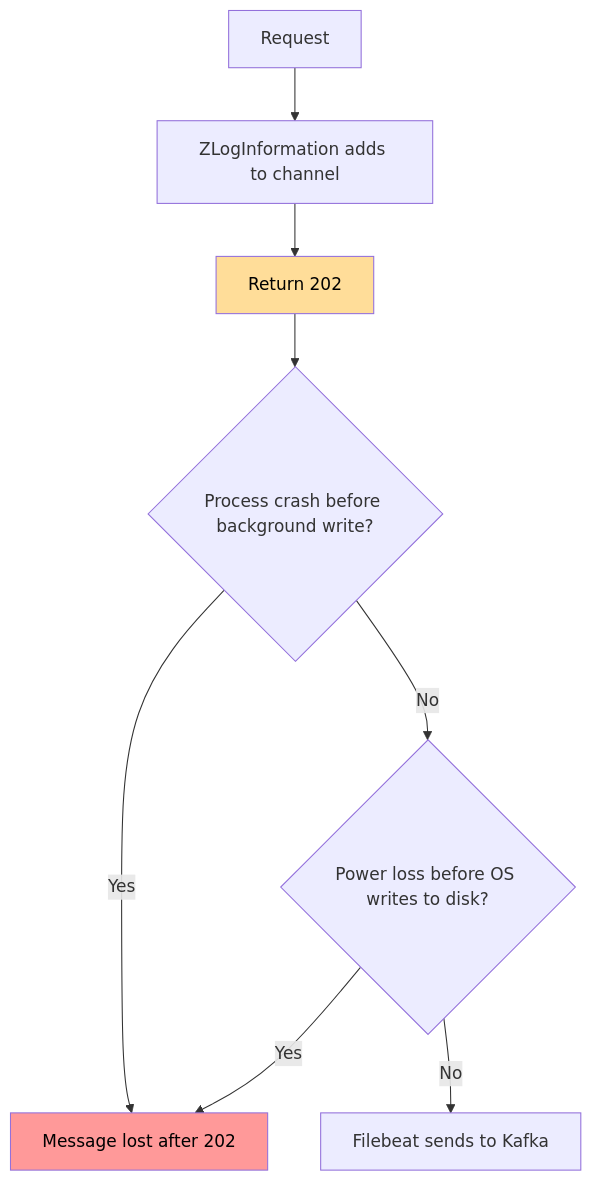
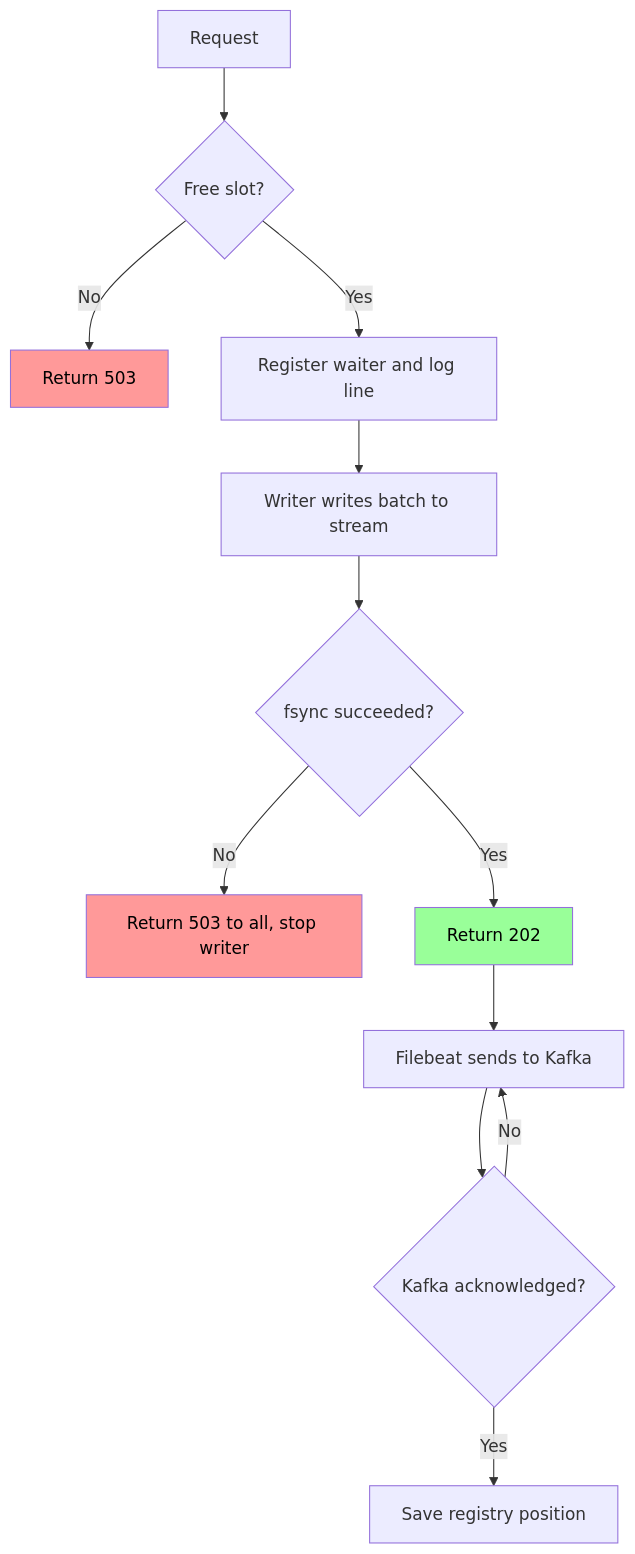
One commit to wesamkhateeb98-creator/OutMessageToKafka changed the third of 3 diagrams in docs/zlogger-file-relay.md. Above: the diagram before and after it, drawn with Mermaid. The commit also changed other lines of this file and 26 other files, not shown here.

First line of the commit message:
Split demo by solution and make ZLogger reply after fsync

````diff
--- a/docs/zlogger-file-relay.md
+++ b/docs/zlogger-file-relay.md
@@ -63,12 +89,17 @@
 ```mermaid
 flowchart TD
-    A[Request] --> B[ZLogInformation adds to channel]
-    B --> C[Return 202]
-    C --> D{Process crash before background write?}
-    D -- Yes --> E[Message lost after 202]
-    D -- No --> F{Power loss before OS writes to disk?}
-    F -- Yes --> E
-    F -- No --> G[Filebeat sends to Kafka]
-    style C fill:#fd9,color:#000
-    style E fill:#f99,color:#000
+    A[Request] --> B{Free slot?}
+    B -- No --> C[Return 503]
+    B -- Yes --> D[Register waiter and log line]
+    D --> E[Writer writes batch to stream]
+    E --> F{fsync succeeded?}
+    F -- No --> G[Return 503 to all, stop writer]
+    F -- Yes --> H[Return 202]
+    H --> I[Filebeat sends to Kafka]
+    I --> J{Kafka acknowledged?}
+    J -- No --> I
+    J -- Yes --> K[Save registry position]
+    style H fill:#9f9,color:#000
+    style C fill:#f99,color:#000
+    style G fill:#f99,color:#000
 ```
````
